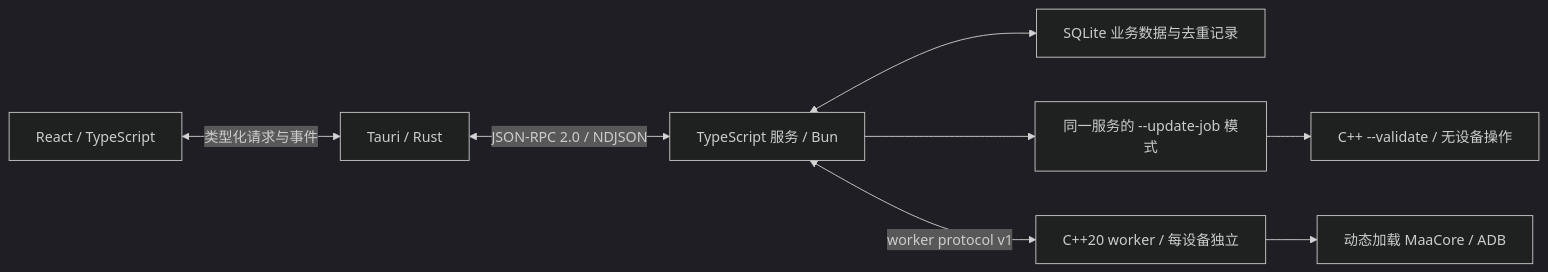
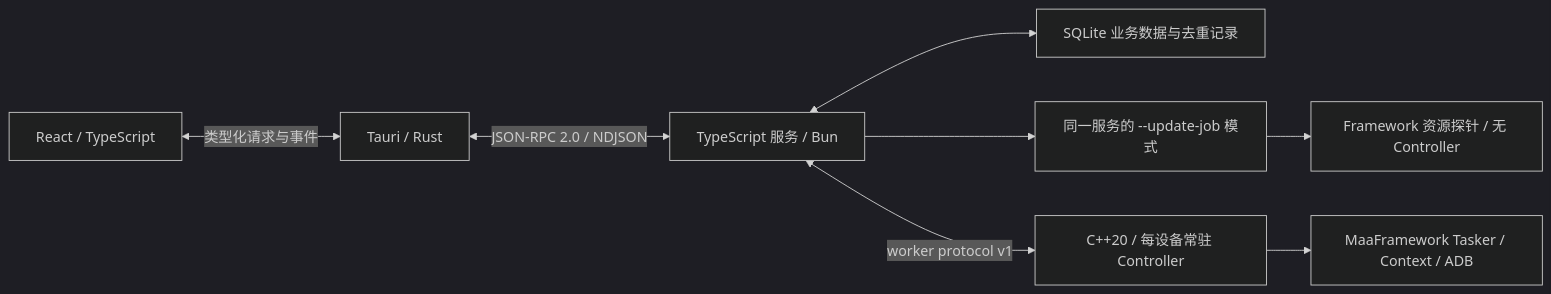
One commit to DeathofBrain/maa-verge changed the diagram in docs/runtime-migration.md. Above: the diagram before and after it, drawn with Mermaid (dark theme). The commit also changed other lines of this file and 25 other files, not shown here.

````diff
--- a/docs/runtime-migration.md
+++ b/docs/runtime-migration.md
@@ -7,10 +7,10 @@
 ```mermaid
 flowchart LR
     UI[React / TypeScript] <-->|类型化请求与事件| Host[Tauri / Rust]
     Host <-->|JSON-RPC 2.0 / NDJSON| Service[TypeScript 服务 / Bun]
     Service <--> DB[SQLite 业务数据与去重记录]
     Service --> Job[同一服务的 --update-job 模式]
-    Service <-->|worker protocol v1| Worker[C++20 worker / 每设备独立]
-    Job --> Check[C++ --validate / 无设备操作]
-    Worker --> Core[动态加载 MaaCore / ADB]
+    Service <-->|worker protocol v1| Worker[C++20 / 每设备常驻 Controller]
+    Job --> Check[Framework 资源探针 / 无 Controller]
+    Worker --> Framework[MaaFramework Tasker / Context / ADB]
 ```
````
